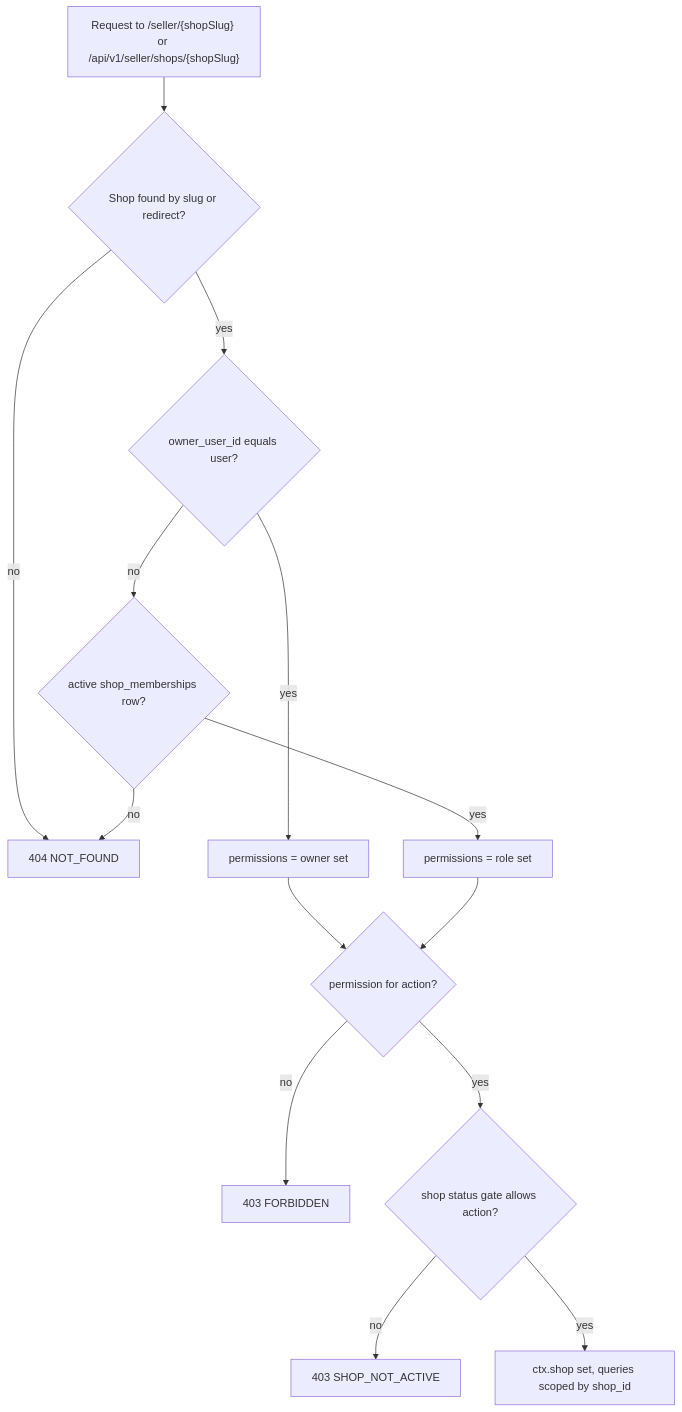
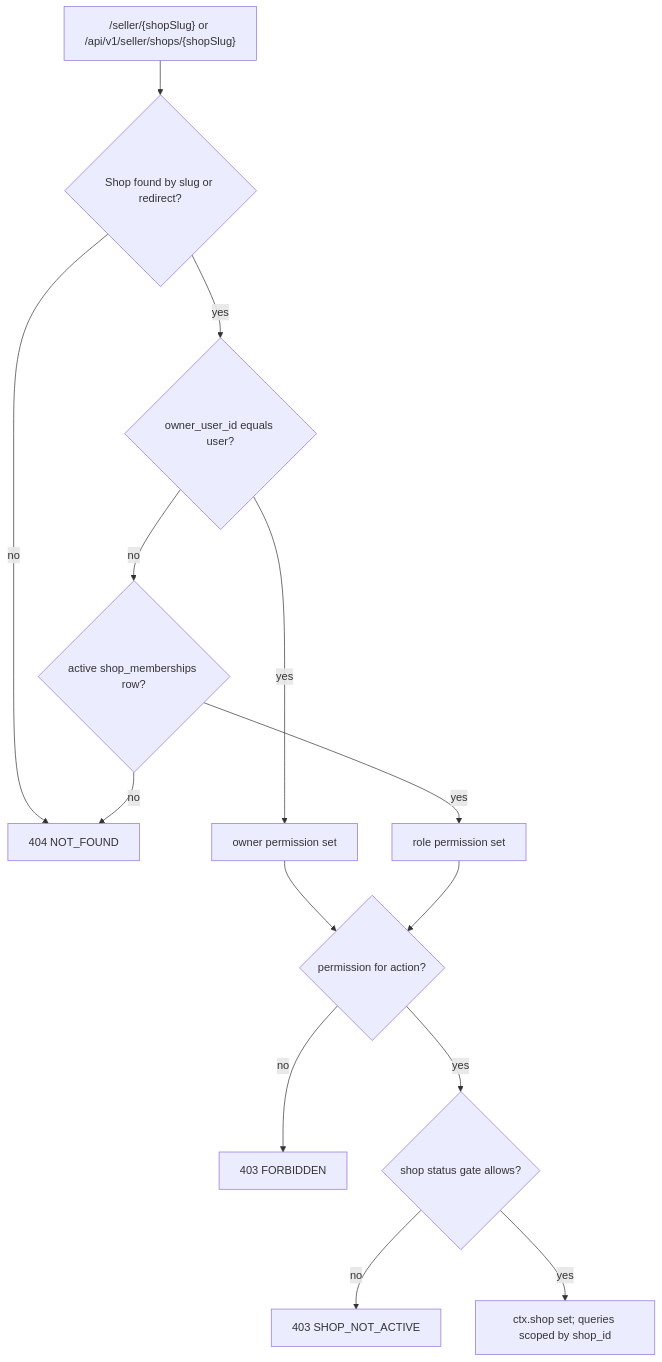
One commit to harublank0-0/drip-nepal changed the diagram in docs/adr/0006-authorization-platform-roles-shop-memberships.md. Above: the diagram before and after it, drawn with Mermaid. The commit also changed other lines of this file and 19 other files, not shown here.

````diff
--- a/docs/adr/0006-authorization-platform-roles-shop-memberships.md
+++ b/docs/adr/0006-authorization-platform-roles-shop-memberships.md
@@ -68,16 +45,16 @@
 ```mermaid
 flowchart TD
-  A["Request to /seller/{shopSlug} or /api/v1/seller/shops/{shopSlug}"] --> B{"Shop found by slug or redirect?"}
+  A["/seller/{shopSlug} or /api/v1/seller/shops/{shopSlug}"] --> B{"Shop found by slug or redirect?"}
   B -- no --> N404["404 NOT_FOUND"]
   B -- yes --> C{"owner_user_id equals user?"}
-  C -- yes --> P["permissions = owner set"]
+  C -- yes --> P["owner permission set"]
   C -- no --> D{"active shop_memberships row?"}
   D -- no --> N404
-  D -- yes --> Q["permissions = role set"]
+  D -- yes --> Q["role permission set"]
   P --> E{"permission for action?"}
   Q --> E
   E -- no --> F403["403 FORBIDDEN"]
-  E -- yes --> G{"shop status gate allows action?"}
+  E -- yes --> G{"shop status gate allows?"}
   G -- no --> S403["403 SHOP_NOT_ACTIVE"]
-  G -- yes --> H["ctx.shop set, queries scoped by shop_id"]
+  G -- yes --> H["ctx.shop set; queries scoped by shop_id"]
 ```
````
